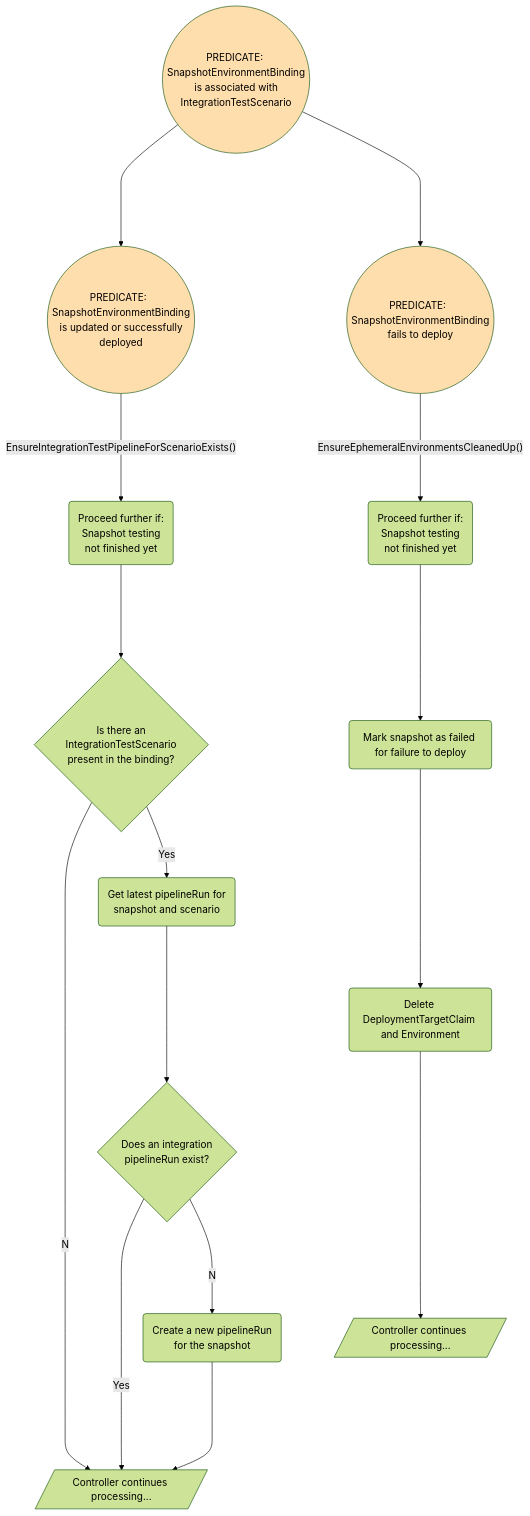
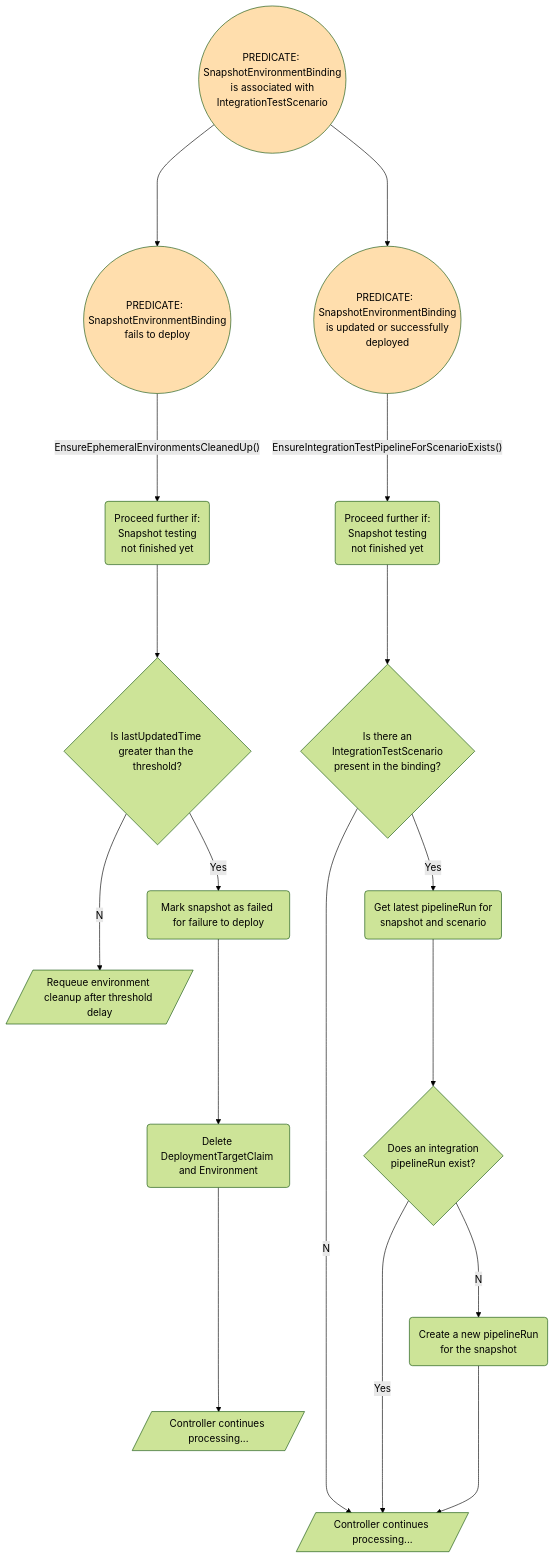
One commit to konflux-ci/integration-service changed the diagram in docs/binding-controller.md. Above: the diagram before and after it, drawn with Mermaid. The commit also changed 2 other files, not shown here.

Commit message:
feat(stoneintg-586): add timeout to detect ephemeral SEB errors
It is not possible to know whether an ephemeral SEB is in an
unrecoverable state.  This change implements a workaround wherein
if an SEB still has the 'ErrorOccured' condition set to 'True' after
five minutes the SEB will be assumed to be unrecoverable and will be
cleaned up.

````diff
--- a/docs/binding-controller.md
+++ b/docs/binding-controller.md
@@ -1,54 +1,58 @@
 ```mermaid
 %%{init: {'theme':'forest'}}%%
 flowchart TD
   %% Defining the styles
     classDef Red fill:#FF9999;
     classDef Amber fill:#FFDEAD;
     classDef Green fill:#BDFFA4;
 
 predicate_integration_seb((PREDICATE: <br>SnapshotEnvironmentBinding<br>is associated with<br>IntegrationTestScenario))
 predicate_deploy_success((PREDICATE:  <br>SnapshotEnvironmentBinding<br>is updated or successfully<br>deployed))
 
 %%%%%%%%%%%%%%%%%%%%%%% Drawing EnsureIntegrationTestPipelineForScenarioExists() function
 
 %% Node definitions
 ensure1(Proceed further if:<br>Snapshot testing <br> not finished yet)
 isThereAnITS{"Is there an<br>IntegrationTestScenario<br>present in the binding?"}
 continueProcessing1[/Controller continues processing.../]
 getLatestPipelineRun("Get latest pipelineRun for<br>snapshot and scenario")
 isPipelineRunExisting{"Does an integration<br>pipelineRun exist?"}
 createNewPipelineRun("Create a new pipelineRun<br>for the snapshot")
 
 %% Node connections
 predicate_integration_seb  ---->       predicate_deploy_success
 predicate_deploy_success   ---->       |"EnsureIntegrationTestPipelineForScenarioExists()"|ensure1
 ensure1                    ---->       isThereAnITS
 isThereAnITS               --No-->     continueProcessing1
 isThereAnITS               --Yes-->    getLatestPipelineRun
 getLatestPipelineRun       ---->       isPipelineRunExisting
 isPipelineRunExisting      --Yes-->    continueProcessing1
 isPipelineRunExisting      --No-->     createNewPipelineRun
 createNewPipelineRun       ---->       continueProcessing1
 
 predicate_deploy_fail((PREDICATE:  <br>SnapshotEnvironmentBinding<br>fails to deploy))
 
 %%%%%%%%%%%%%%%%%%%%%%% Drawing EnsureEphemeralEnvironmentsCleanedUp() function
 
 %% Node definitions
 ensure2(Proceed further if:<br>Snapshot testing <br> not finished yet)
+isSnapshotOldEnough{"Is lastUpdatedTime greater than the threshold?"}
+requeue[/"Requeue environment cleanup after threshold delay"/]
 markSnapshot("Mark snapshot as failed for failure to deploy")
 cleanupDeploymentArtifacts("Delete DeploymentTargetClaim and Environment")
 continueProcessing2[/Controller continues processing.../]
 
 %% Node connections
 predicate_integration_seb    ---->       predicate_deploy_fail
 predicate_deploy_fail        ---->       |"EnsureEphemeralEnvironmentsCleanedUp()"|ensure2
-ensure2                      ---->       markSnapshot
+ensure2                      ---->       isSnapshotOldEnough
+isSnapshotOldEnough          --No-->     requeue 
+isSnapshotOldEnough          --Yes-->    markSnapshot
 markSnapshot                 ---->       cleanupDeploymentArtifacts
 cleanupDeploymentArtifacts   ---->       continueProcessing2
 
 %% Assigning styles to nodes
 class predicate_deploy_success Amber;
 class predicate_deploy_fail Amber;
 class predicate_integration_seb Amber;
 ```
````
